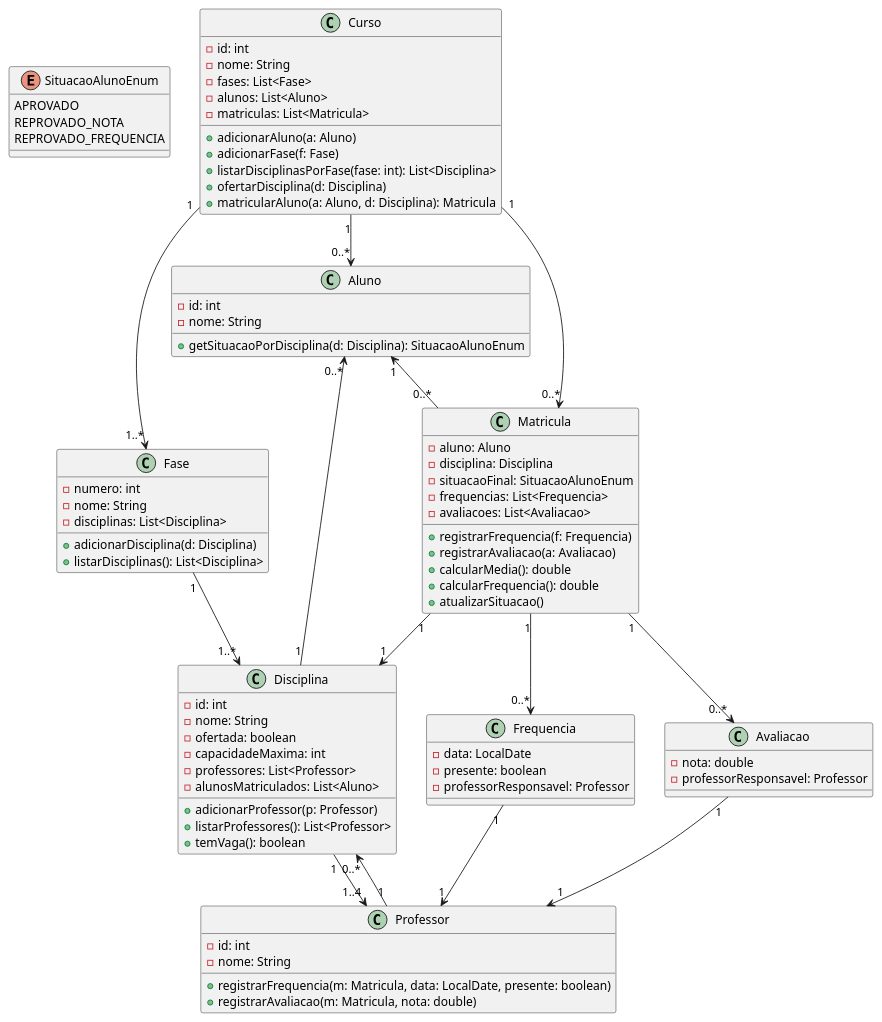
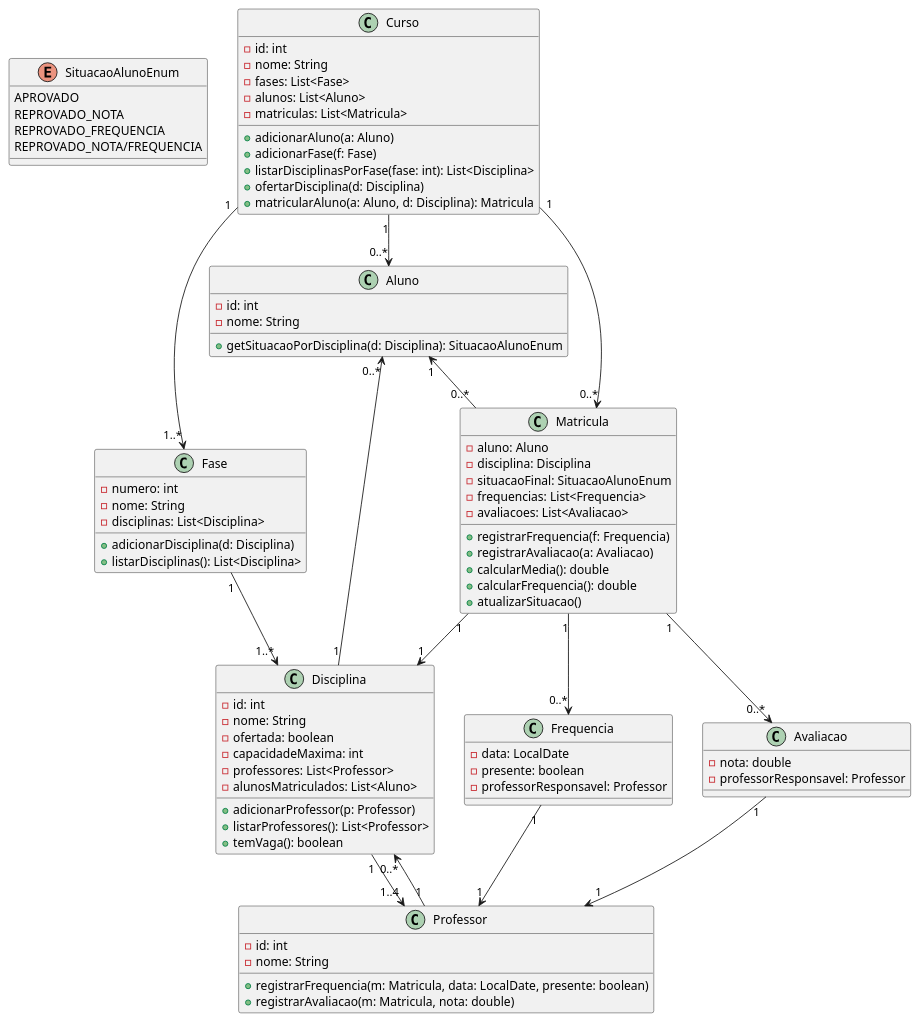
One commit to FuruyaSKR/POO2 changed the diagram in Trabs/bin/SistemaAcademico/sistema_academico_uml.puml. Above: the diagram before and after it, drawn with PlantUML. The commit also changed 72 other files, not shown here.

```diff
--- a/Trabs/bin/SistemaAcademico/sistema_academico_uml.puml
+++ b/Trabs/bin/SistemaAcademico/sistema_academico_uml.puml
@@ -1,103 +1,104 @@
 @startuml SistemaAcademicoFinal
 
 enum SituacaoAlunoEnum {
   APROVADO
   REPROVADO_NOTA
   REPROVADO_FREQUENCIA
+  REPROVADO_NOTA/FREQUENCIA
 }
 
 class Aluno {
   - id: int
   - nome: String
 
   + getSituacaoPorDisciplina(d: Disciplina): SituacaoAlunoEnum
 }
 
 class Curso {
   - id: int
   - nome: String
   - fases: List<Fase>
   - alunos: List<Aluno>
   - matriculas: List<Matricula>
 
   + adicionarAluno(a: Aluno)
   + adicionarFase(f: Fase)
   + listarDisciplinasPorFase(fase: int): List<Disciplina>
   + ofertarDisciplina(d: Disciplina)
   + matricularAluno(a: Aluno, d: Disciplina): Matricula
 }
 
 class Fase {
   - numero: int
   - nome: String
   - disciplinas: List<Disciplina>
 
   + adicionarDisciplina(d: Disciplina)
   + listarDisciplinas(): List<Disciplina>
 }
 
 class Disciplina {
   - id: int
   - nome: String
   - ofertada: boolean
   - capacidadeMaxima: int
   - professores: List<Professor>
   - alunosMatriculados: List<Aluno>
 
   + adicionarProfessor(p: Professor)
   + listarProfessores(): List<Professor>
   + temVaga(): boolean
 }
 
 class Professor {
   - id: int
   - nome: String
 
   + registrarFrequencia(m: Matricula, data: LocalDate, presente: boolean)
   + registrarAvaliacao(m: Matricula, nota: double)
 }
 
 class Matricula {
   - aluno: Aluno
   - disciplina: Disciplina
   - situacaoFinal: SituacaoAlunoEnum
   - frequencias: List<Frequencia>
   - avaliacoes: List<Avaliacao>
 
   + registrarFrequencia(f: Frequencia)
   + registrarAvaliacao(a: Avaliacao)
   + calcularMedia(): double
   + calcularFrequencia(): double
   + atualizarSituacao()
 }
 
 class Frequencia {
   - data: LocalDate
   - presente: boolean
   - professorResponsavel: Professor
 }
 
 class Avaliacao {
   - nota: double
   - professorResponsavel: Professor
 }
 
 Curso "1" --> "1..*" Fase
 Fase "1" --> "1..*" Disciplina
 Curso "1" --> "0..*" Aluno
 Curso "1" --> "0..*" Matricula
 
 Disciplina "1" --> "1..4" Professor
 Professor "1" --> "0..*" Disciplina
 
 Disciplina "1" --> "0..*" Aluno
 
 Matricula "1" --> "1" Disciplina
 Aluno "1" <-- "0..*" Matricula
 
 Matricula "1" --> "0..*" Frequencia
 Matricula "1" --> "0..*" Avaliacao
 Frequencia "1" --> "1" Professor
 Avaliacao "1" --> "1" Professor
 
 @enduml
```
